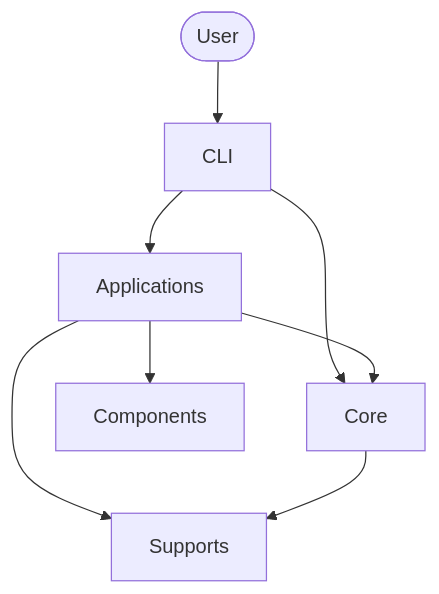
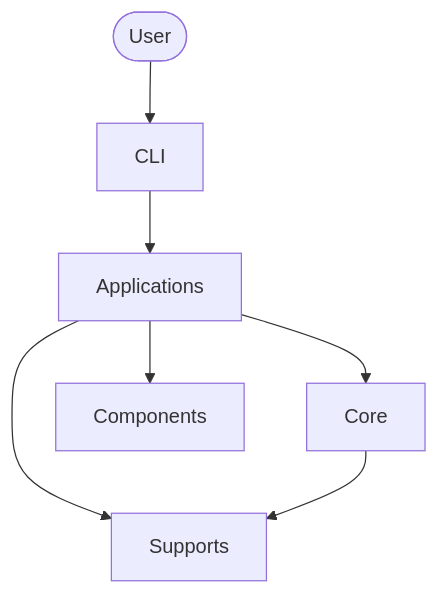
The first of 2 diagrams in docs/en/architecture.md (raser-team/raser), drawn with Mermaid before and after one commit. The commit also changed 5 other files, not shown here.

````diff
--- a/docs/en/architecture.md
+++ b/docs/en/architecture.md
@@ -11,10 +11,9 @@
 ```mermaid
 flowchart TB
     user([User]) --> cli[CLI]
     cli --> apps[Applications]
-    cli --> core[Core]
-    apps --> core
+    apps --> core[Core]
     apps --> components[Components]
     apps --> supports[Supports]
     core --> supports
 ```
````
